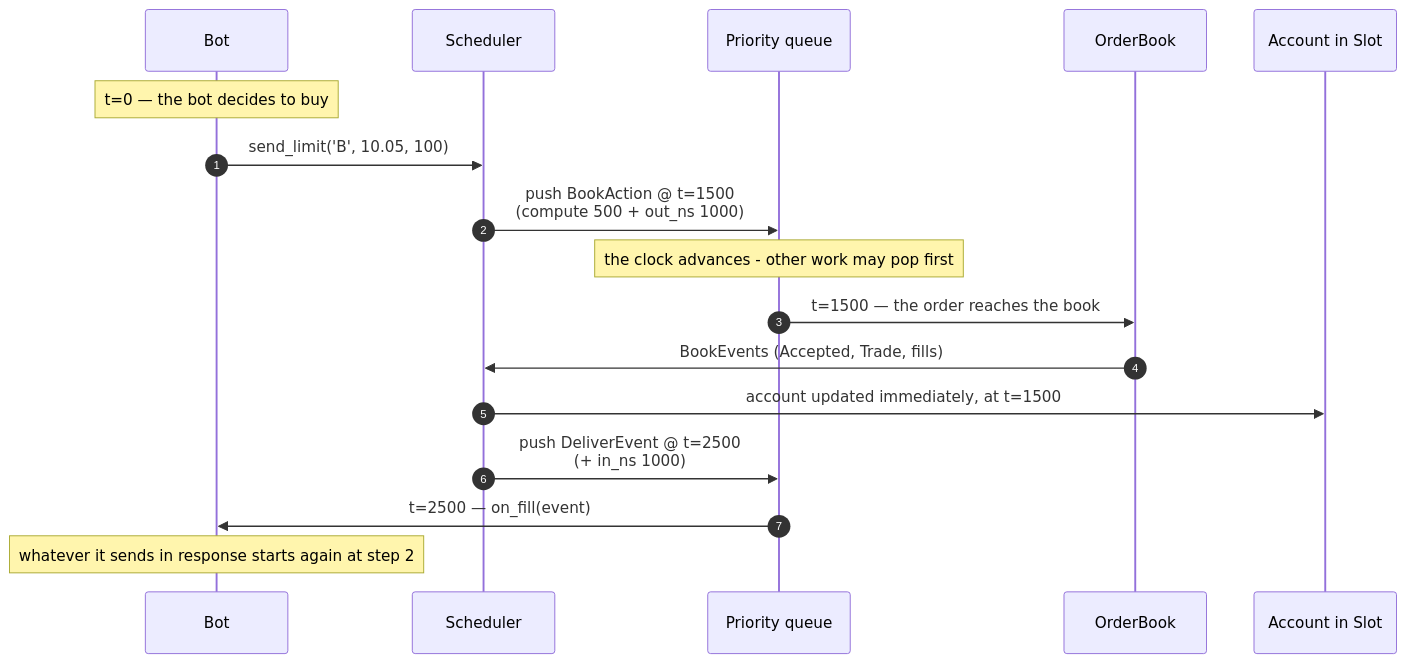
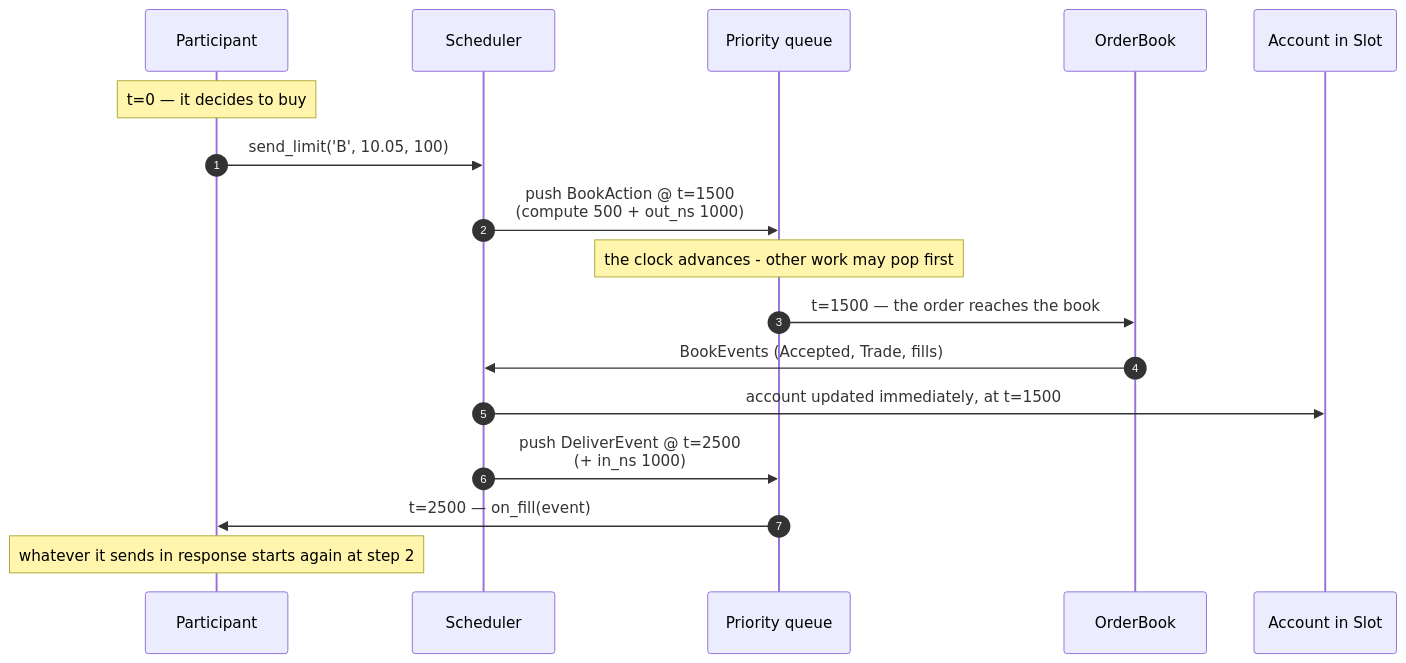
The second of 4 diagrams in sw/docs/design/engine-architecture.md (dogeatsfish/CAPTSONE-GROUP-46), drawn with Mermaid before and after one commit. The commit also changed other lines of this file, not shown here.

First line of the commit message:
Say "participant" rather than "bot" in the architecture doc

````diff
--- a/sw/docs/design/engine-architecture.md
+++ b/sw/docs/design/engine-architecture.md
@@ -116,22 +116,22 @@
 ```mermaid
 sequenceDiagram
     autonumber
-    participant Bot as Bot
+    participant P as Participant
     participant S as Scheduler
     participant Q as Priority queue
     participant B as OrderBook
     participant A as Account in Slot
 
-    Note over Bot: t=0 — the bot decides to buy
-    Bot->>S: send_limit('B', 10.05, 100)
+    Note over P: t=0 — it decides to buy
+    P->>S: send_limit('B', 10.05, 100)
     S->>Q: push BookAction @ t=1500<br/>(compute 500 + out_ns 1000)
     Note over Q: the clock advances - other work may pop first
 
     Q->>B: t=1500 — the order reaches the book
     B->>S: BookEvents (Accepted, Trade, fills)
     S->>A: account updated immediately, at t=1500
     S->>Q: push DeliverEvent @ t=2500<br/>(+ in_ns 1000)
 
-    Q->>Bot: t=2500 — on_fill(event)
-    Note over Bot: whatever it sends in response starts again at step 2
+    Q->>P: t=2500 — on_fill(event)
+    Note over P: whatever it sends in response starts again at step 2
 ```
````
